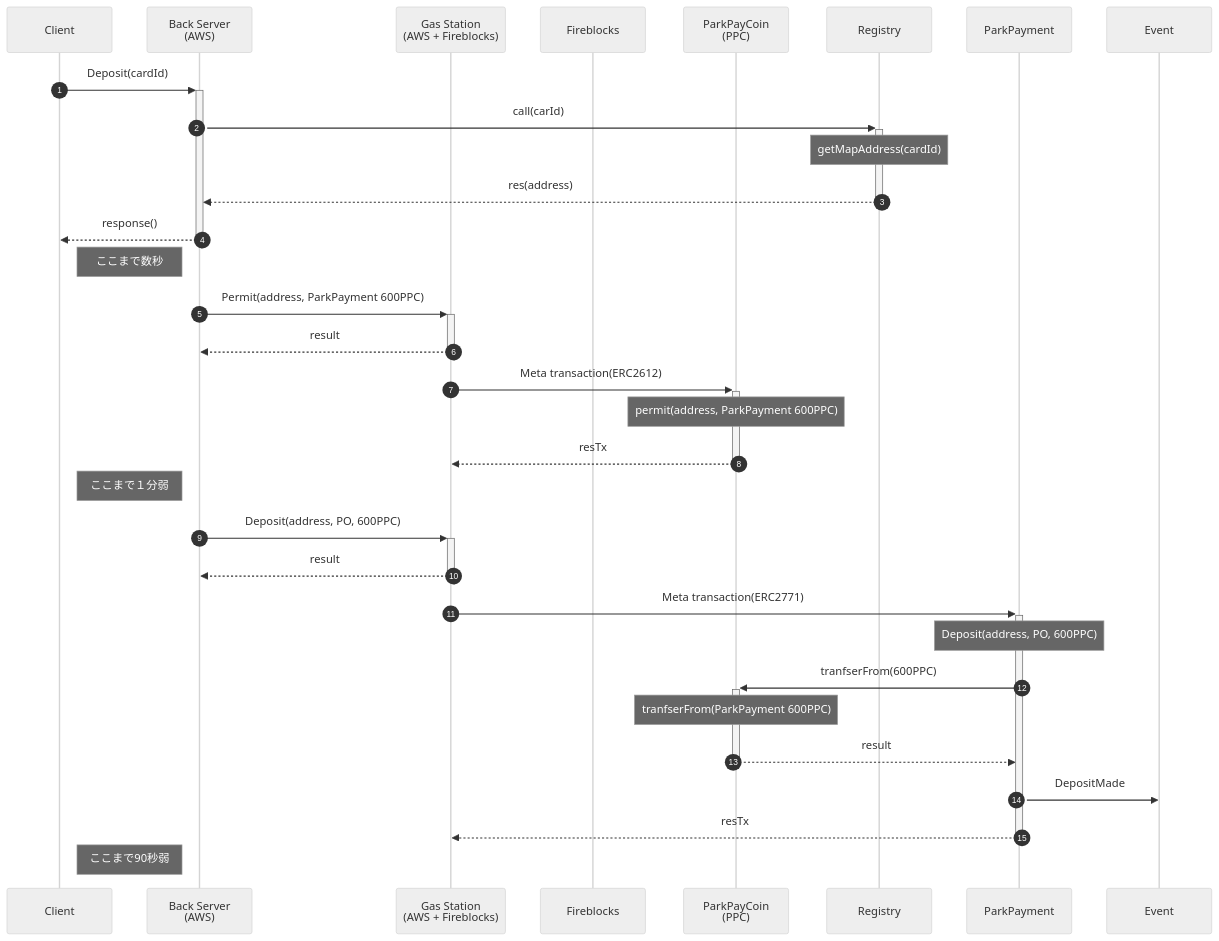
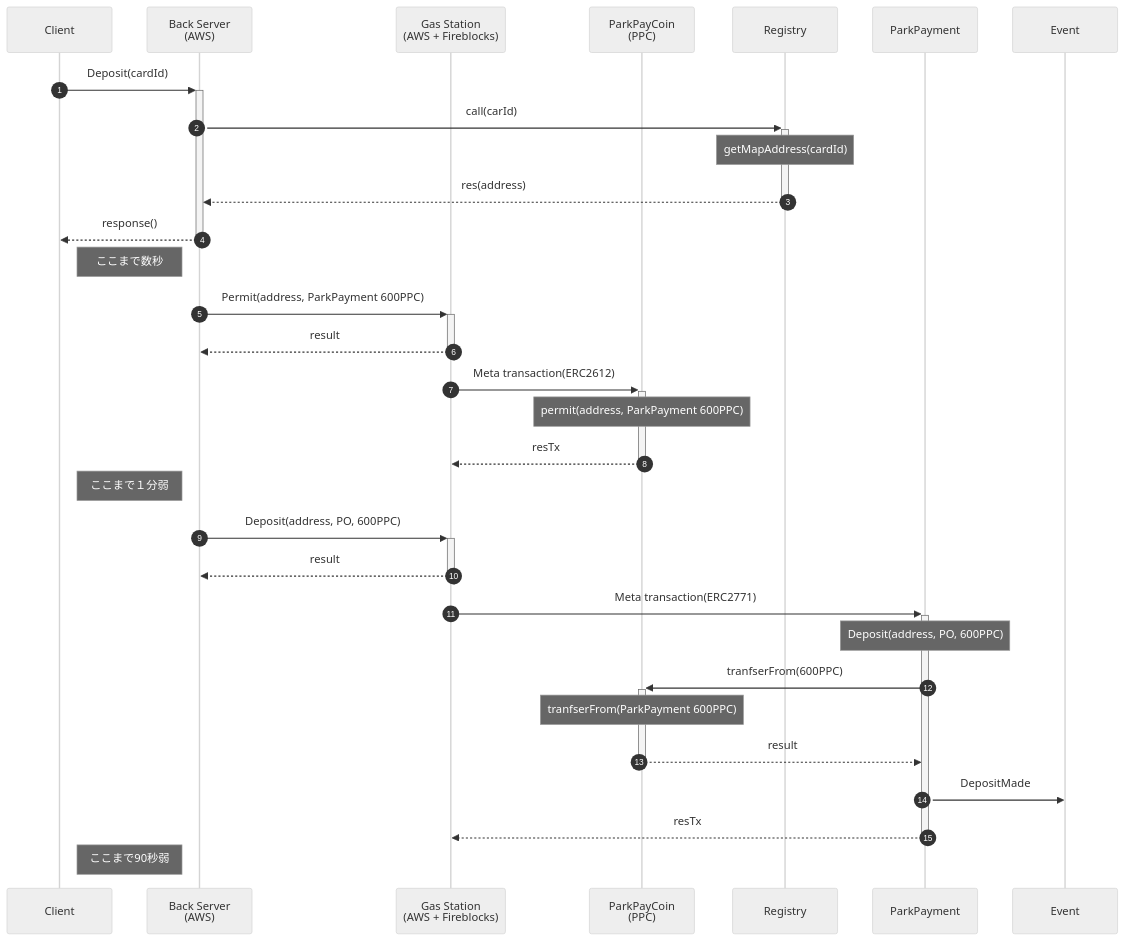
One commit to mahiroaug/ParkingPayment changed the fourth of 6 diagrams in README.md. Above: the diagram before and after it, drawn with Mermaid (neutral theme). The commit also changed other lines of this file and 68 other files, not shown here.

Commit message:
create multi lane parallel sequence

````diff
--- a/README.md
+++ b/README.md
@@ -474,42 +479,41 @@
 ```mermaid
 sequenceDiagram
 
     participant Client as Client
     participant Back as Back Server<br>(AWS)
     participant GSN as Gas Station<br>(AWS + Fireblocks)
-    participant FB as Fireblocks
     participant PPC as ParkPayCoin<br>(PPC)
     participant Registry
     participant ParkPayment
     participant Event
     autonumber
 
     Client->>+Back: Deposit(cardId)
     Back->>+Registry: call(carId)
     Note over Registry: getMapAddress(cardId)
     Registry-->>-Back: res(address)
     Back-->>-Client: response()
 
     Note left of Back:ここまで数秒
 
     Back->>+GSN: Permit(address, ParkPayment 600PPC)
     GSN-->>-Back: result
     GSN->>+PPC: Meta transaction(ERC2612)
     Note over PPC: permit(address, ParkPayment 600PPC)
     PPC-->>-GSN: resTx
 
     Note left of Back:ここまで１分弱
 
     Back->>+GSN: Deposit(address, PO, 600PPC)
     GSN-->>-Back: result
     GSN->>+ParkPayment: Meta transaction(ERC2771)
     Note over ParkPayment: Deposit(address, PO, 600PPC)
     ParkPayment->>+PPC: tranfserFrom(600PPC)
     Note over PPC: tranfserFrom(ParkPayment 600PPC)
     PPC-->>-ParkPayment: result
     ParkPayment->>Event: DepositMade
     ParkPayment-->>-GSN: resTx
 
     Note left of Back:ここまで90秒弱
 
 ```
````
